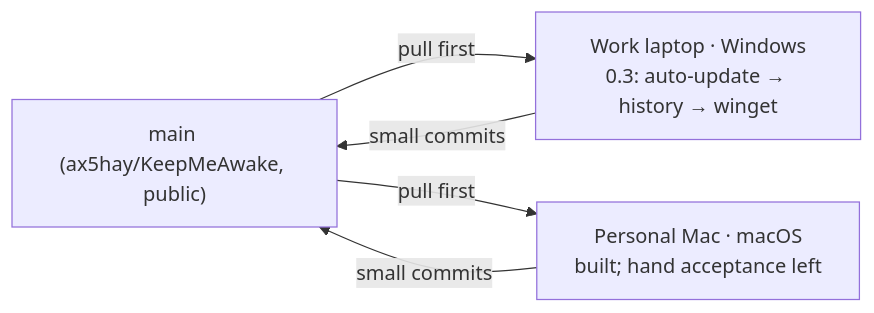
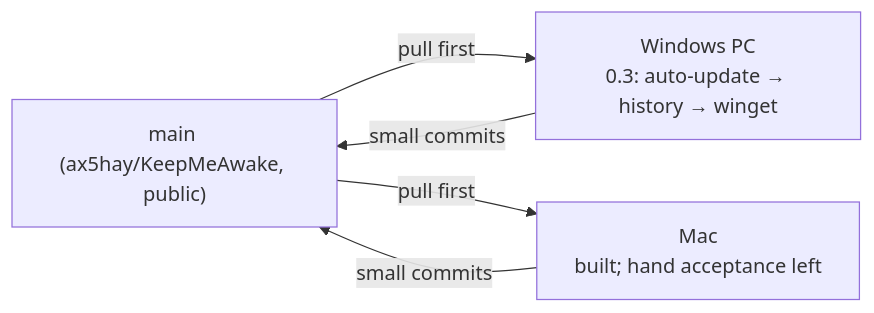
Before and after one commit to ax5hay/KeepMeAwake: the diagram in docs/HANDOFF.md, drawn with Mermaid. The commit also changed other lines of this file and 10 other files, not shown here.

````diff
--- a/docs/HANDOFF.md
+++ b/docs/HANDOFF.md
@@ -16,10 +16,10 @@
 ```mermaid
 flowchart LR
     main["main (ax5hay/KeepMeAwake, public)"]
-    win["Work laptop · Windows<br/>0.3: auto-update → history → winget"]
-    mac["Personal Mac · macOS<br/>built; hand acceptance left"]
+    win["Windows PC<br/>0.3: auto-update → history → winget"]
+    mac["Mac<br/>built; hand acceptance left"]
     win -->|small commits| main
     mac -->|small commits| main
     main -->|pull first| win
     main -->|pull first| mac
 ```
````
